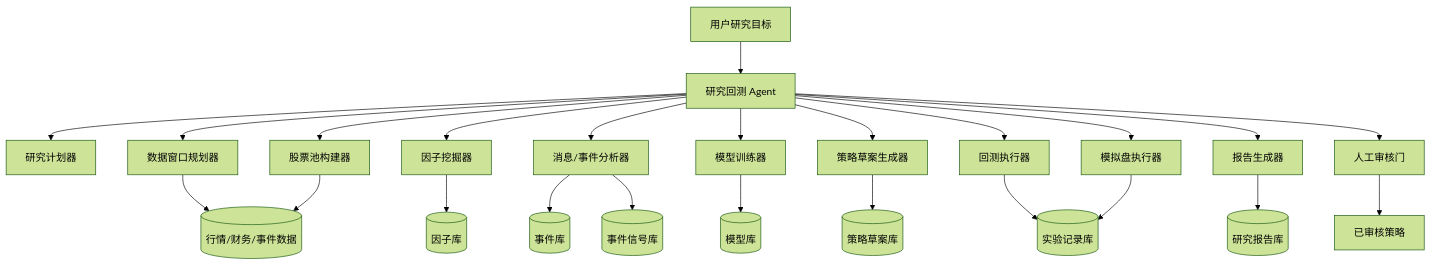
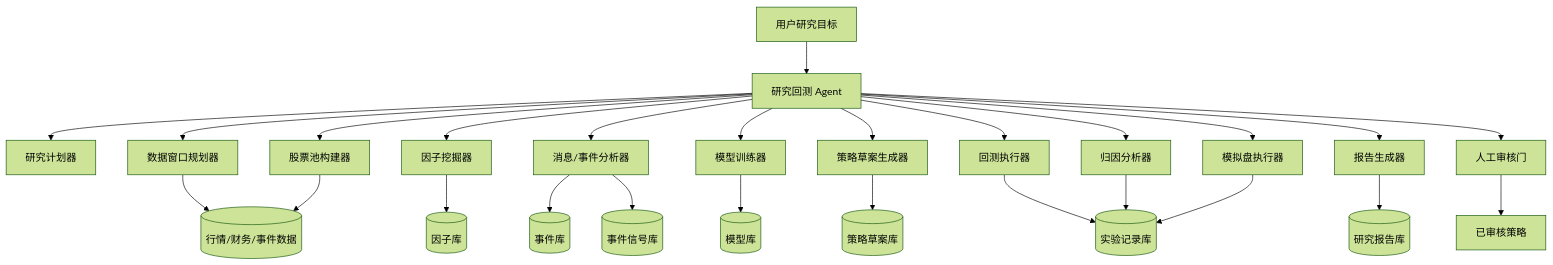
Before and after one commit to lyty1997/Augur_Maestro: the first of 2 diagrams in docs/04-research-agent.md, drawn with Mermaid (forest theme). The commit also changed other lines of this file and 11 other files, not shown here.

````diff
--- a/docs/04-research-agent.md
+++ b/docs/04-research-agent.md
@@ -45,28 +48,30 @@
 ```mermaid
 flowchart TB
     User[用户研究目标] --> ResearchAgent[研究回测 Agent]
 
     ResearchAgent --> Planner[研究计划器]
     ResearchAgent --> DataPlanner[数据窗口规划器]
     ResearchAgent --> UniverseBuilder[股票池构建器]
     ResearchAgent --> FactorMiner[因子挖掘器]
     ResearchAgent --> EventAnalyzer[消息/事件分析器]
     ResearchAgent --> Trainer[模型训练器]
     ResearchAgent --> StrategyGen[策略草案生成器]
     ResearchAgent --> Backtester[回测执行器]
+    ResearchAgent --> AttributionAnalyzer[归因分析器]
     ResearchAgent --> Simulator[模拟盘执行器]
     ResearchAgent --> Reporter[报告生成器]
     ResearchAgent --> ReviewGate[人工审核门]
 
     DataPlanner --> DataStore[(行情/财务/事件数据)]
     UniverseBuilder --> DataStore
     FactorMiner --> FactorStore[(因子库)]
     EventAnalyzer --> EventStore[(事件库)]
     EventAnalyzer --> EventSignalStore[(事件信号库)]
     Trainer --> ModelStore[(模型库)]
     StrategyGen --> StrategyStore[(策略草案库)]
     Backtester --> ExperimentStore[(实验记录库)]
+    AttributionAnalyzer --> ExperimentStore
     Simulator --> ExperimentStore
     Reporter --> ReportStore[(研究报告库)]
     ReviewGate --> ApprovedStrategy[已审核策略]
 ```
````
